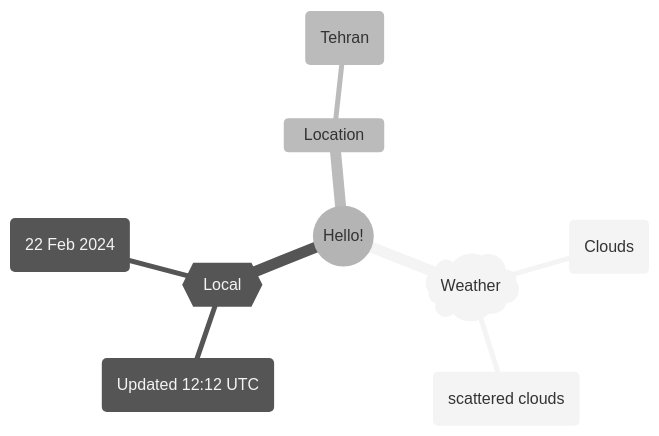
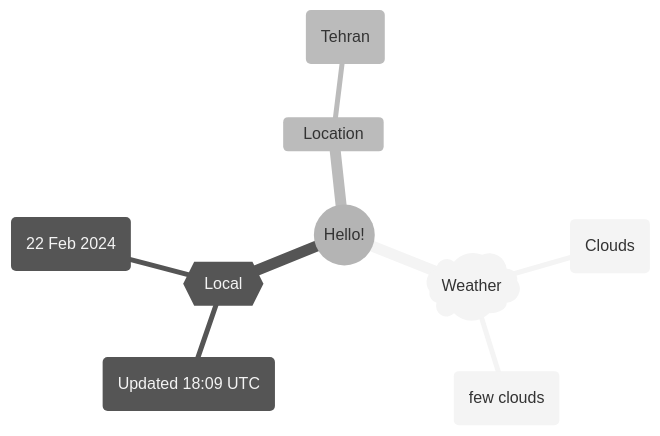
The first of 2 diagrams in README.md (Xosrov/Xosrov), drawn with Mermaid (neutral theme) before and after one commit.

Commit message:
[bot] updated images

````diff
--- a/README.md
+++ b/README.md
@@ -3,12 +3,12 @@
 ```mermaid
 mindmap
   root((Hello!))
     )Weather(
         (Clouds)
-        (scattered clouds)
+        (few clouds)
     {{Local}}
-        (Updated 12:12 UTC)
+        (Updated 18:09 UTC)
         (22 Feb 2024)
     Location
         (Tehran)
 ```
````
